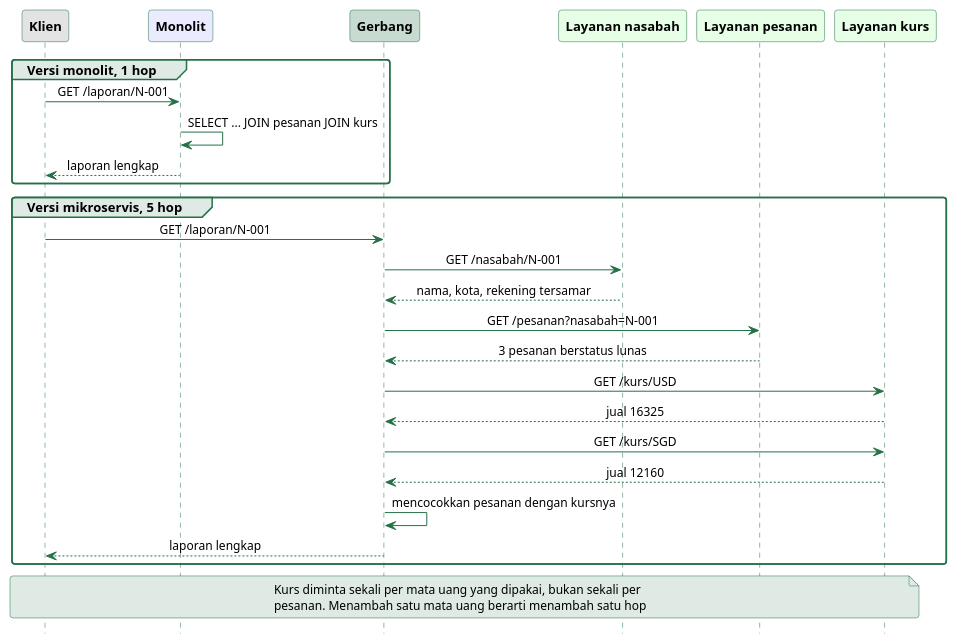
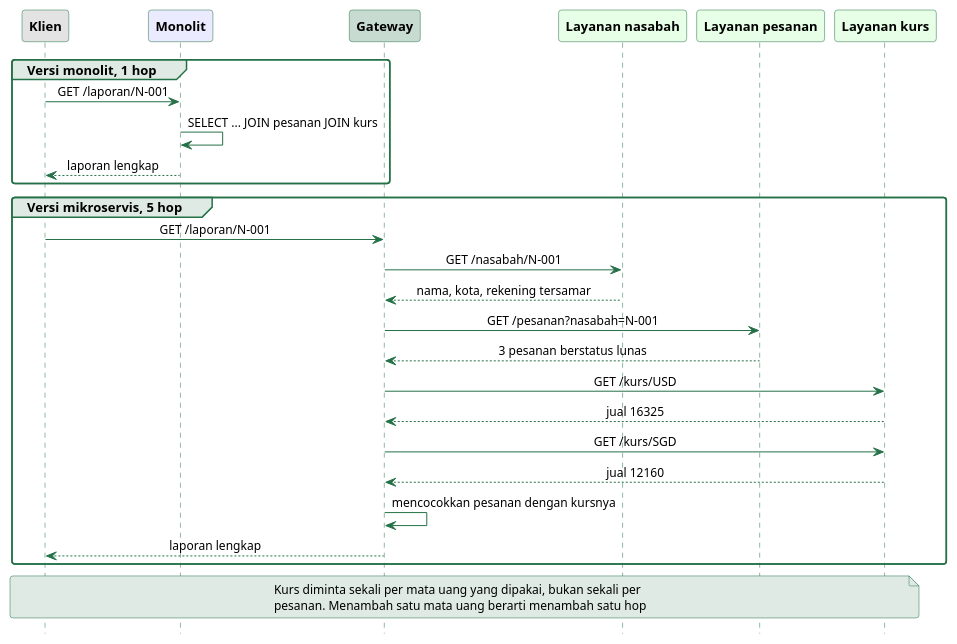
One commit to alfa-yohannis/software-architecture changed the diagram in sources/chapter13/diagram/sekuens-mikroservis.puml. Above: the diagram before and after it, drawn with PlantUML. The commit also changed other lines of this file and 43 other files, not shown here.

```diff
--- a/sources/chapter13/diagram/sekuens-mikroservis.puml
+++ b/sources/chapter13/diagram/sekuens-mikroservis.puml
@@ -13,58 +13,58 @@
 @startuml
 skinparam backgroundColor transparent
 skinparam defaultFontName Titillium Web
 skinparam defaultFontSize 13
 skinparam shadowing false
 skinparam roundCorner 6
 skinparam sequenceMessageAlignment center
 skinparam sequence {
   ArrowColor #257147
   ArrowFontSize 12
   LifeLineBorderColor #257147
   LifeLineBackgroundColor #DEEAE3
   ParticipantBorderColor #257147
   ParticipantFontColor black
   ParticipantFontSize 13
   ParticipantFontStyle bold
   GroupBackgroundColor #DEEAE3
   GroupBorderColor #257147
 }
 skinparam note {
   BackgroundColor #DEEAE3
   BorderColor #257147
   FontSize 12
 }
 hide footbox
 
 participant Klien as K #E3E3E3
 participant Monolit as M #EBEBFF
-participant Gerbang as G #C8DBD1
+participant Gateway as G #C8DBD1
 participant "Layanan nasabah" as N #E6FFE6
 participant "Layanan pesanan" as P #E6FFE6
 participant "Layanan kurs" as R #E6FFE6
 
 group Versi monolit, 1 hop
   K -> M : GET /laporan/N-001
   M -> M : SELECT ... JOIN pesanan JOIN kurs
   M --> K : laporan lengkap
 end
 
 group Versi mikroservis, 5 hop
   K -> G : GET /laporan/N-001
   G -> N : GET /nasabah/N-001
   N --> G : nama, kota, rekening tersamar
   G -> P : GET /pesanan?nasabah=N-001
   P --> G : 3 pesanan berstatus lunas
   G -> R : GET /kurs/USD
   R --> G : jual 16325
   G -> R : GET /kurs/SGD
   R --> G : jual 12160
   G -> G : mencocokkan pesanan dengan kursnya
   G --> K : laporan lengkap
 end
 
 note over K, R
   Kurs diminta sekali per mata uang yang dipakai, bukan sekali per
   pesanan. Menambah satu mata uang berarti menambah satu hop
 end note
 @enduml
```
